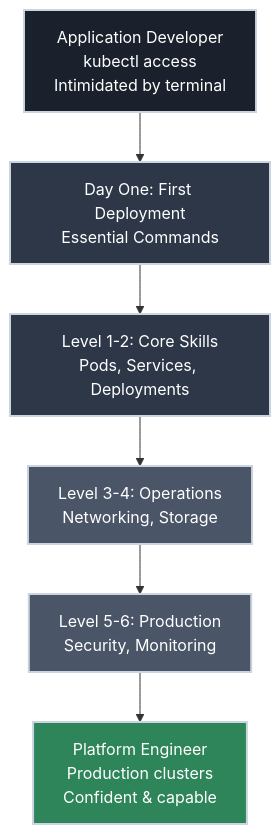
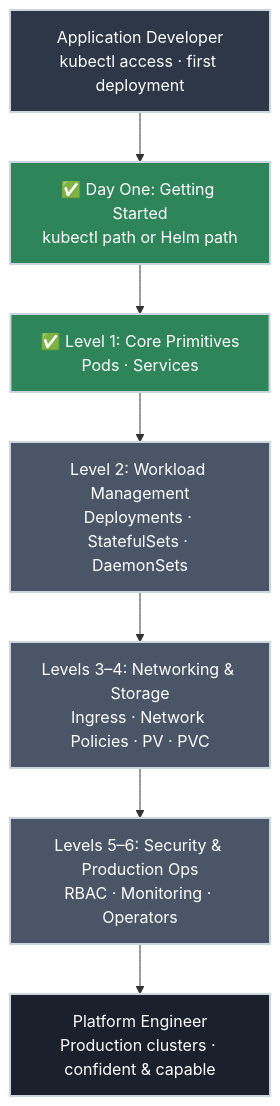
Before and after one commit to bradpenney/exploring_kubernetes: the diagram in docs/index.md, drawn with Mermaid. The commit also changed other lines of this file and 15 other files, not shown here.

Commit message:
Finished Helm and started LEveL 1

````diff
--- a/docs/index.md
+++ b/docs/index.md
@@ -193,24 +157,25 @@
 ```mermaid
 flowchart TD
-    Start[Application Developer<br/>kubectl access<br/>Intimidated by terminal]
+    Start["Application Developer<br/>kubectl access · first deployment"]
+    D1["✅ Day One: Getting Started<br/>kubectl path or Helm path"]
+    L1["✅ Level 1: Core Primitives<br/>Pods · Services"]
+    L2["Level 2: Workload Management<br/>Deployments · StatefulSets · DaemonSets"]
+    L34["Levels 3–4: Networking & Storage<br/>Ingress · Network Policies · PV · PVC"]
+    L56["Levels 5–6: Security & Production Ops<br/>RBAC · Monitoring · Operators"]
+    End["Platform Engineer<br/>Production clusters · confident & capable"]
 
-    DayOne[Day One: First Deployment<br/>Essential Commands]
-    L12[Level 1-2: Core Skills<br/>Pods, Services, Deployments]
-    L34[Level 3-4: Operations<br/>Networking, Storage]
-    L56[Level 5-6: Production<br/>Security, Monitoring]
-
-    End[Platform Engineer<br/>Production clusters<br/>Confident & capable]
-
-    Start --> DayOne
-    DayOne --> L12
-    L12 --> L34
+    Start --> D1
+    D1 --> L1
+    L1 --> L2
+    L2 --> L34
     L34 --> L56
     L56 --> End
 
-    style Start fill:#1a202c,stroke:#cbd5e0,stroke-width:2px,color:#fff
-    style DayOne fill:#2d3748,stroke:#cbd5e0,stroke-width:2px,color:#fff
-    style L12 fill:#2d3748,stroke:#cbd5e0,stroke-width:2px,color:#fff
+    style Start fill:#2d3748,stroke:#cbd5e0,stroke-width:2px,color:#fff
+    style D1 fill:#2f855a,stroke:#cbd5e0,stroke-width:2px,color:#fff
+    style L1 fill:#2f855a,stroke:#cbd5e0,stroke-width:2px,color:#fff
+    style L2 fill:#4a5568,stroke:#cbd5e0,stroke-width:2px,color:#fff
     style L34 fill:#4a5568,stroke:#cbd5e0,stroke-width:2px,color:#fff
     style L56 fill:#4a5568,stroke:#cbd5e0,stroke-width:2px,color:#fff
-    style End fill:#2f855a,stroke:#cbd5e0,stroke-width:2px,color:#fff
+    style End fill:#1a202c,stroke:#cbd5e0,stroke-width:2px,color:#fff
 ```
````
